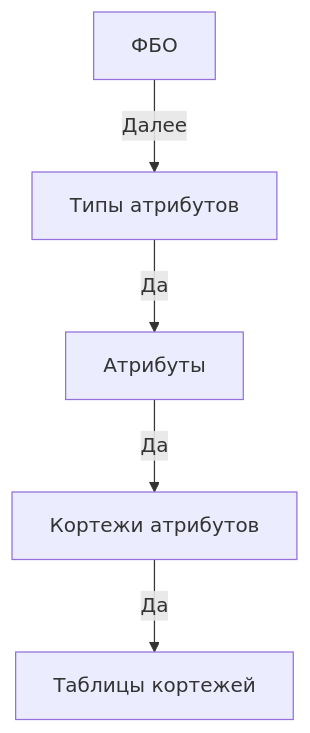
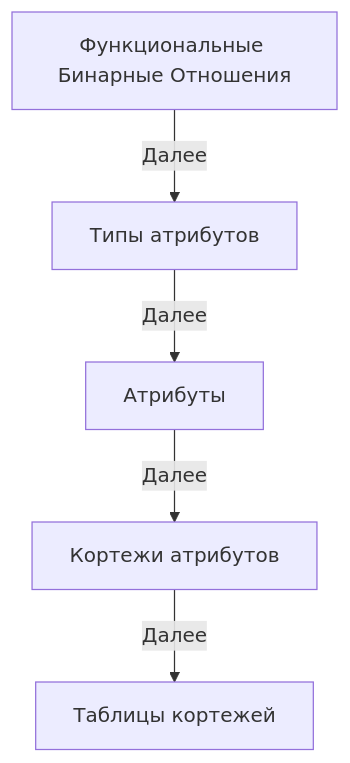
Before and after one commit to deep-foundation/deep-theory: the diagram in README.md, drawn with Mermaid.

````diff
--- a/README.md
+++ b/README.md
@@ -6,7 +6,7 @@
 ```mermaid
 graph TB;
-    A[ФБО] -- Далее --> B[Типы атрибутов]
-    B -- Да --> C[Атрибуты]
-    C -- Да --> E[Кортежи атрибутов]
-    E -- Да --> J[Таблицы кортежей]
+    A[Функциональные Бинарные Отношения] -- Далее --> B[Типы атрибутов]
+    B -- Далее --> C[Атрибуты]
+    C -- Далее --> E[Кортежи атрибутов]
+    E -- Далее --> J[Таблицы кортежей]
 ```
````
